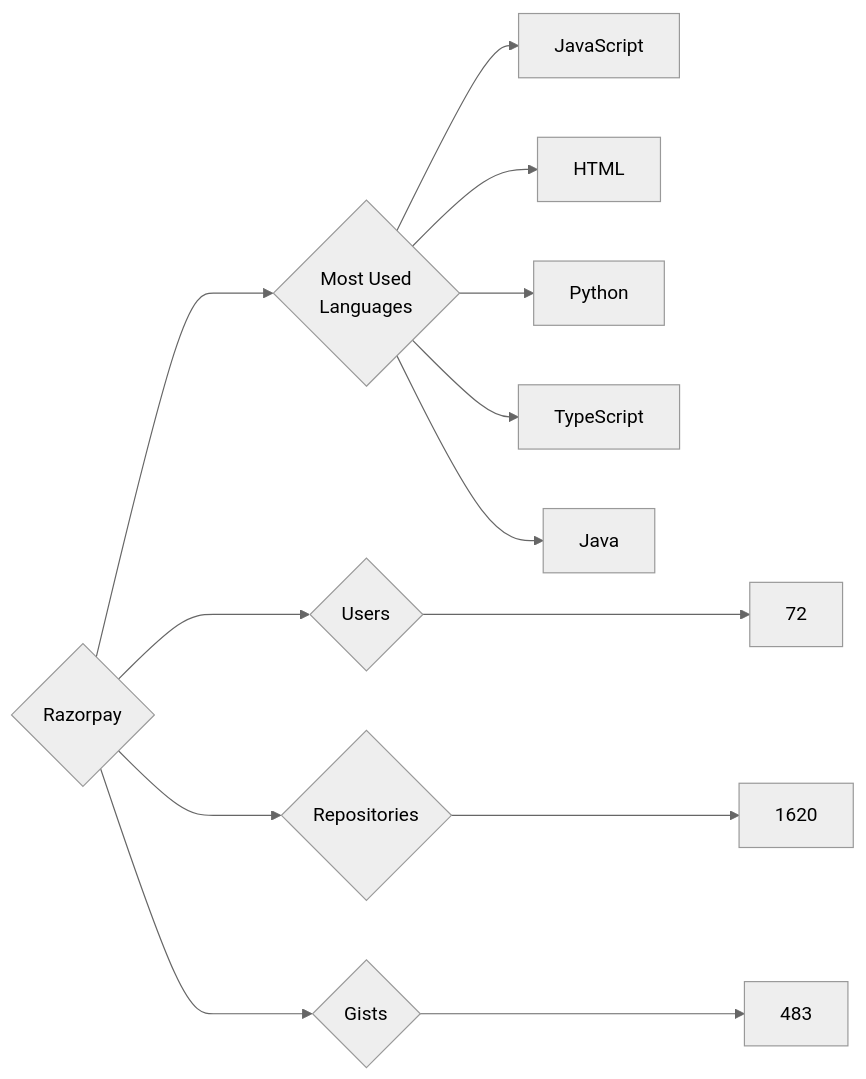
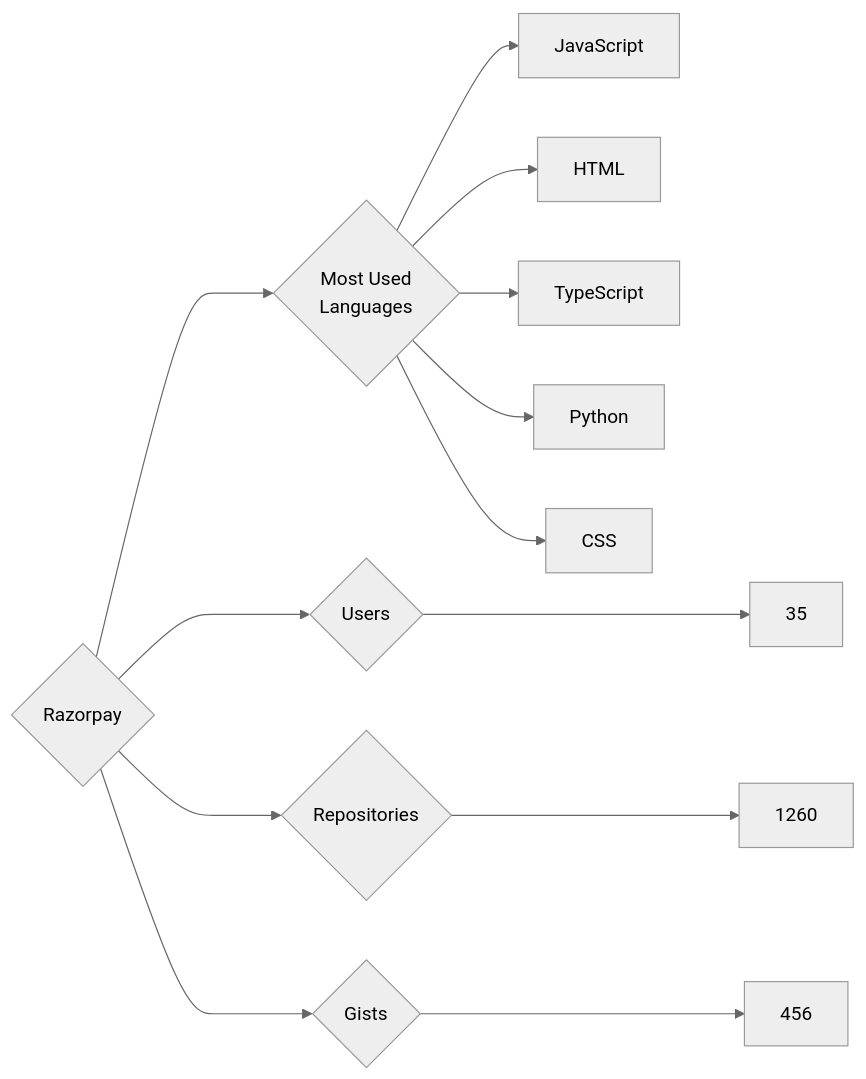
Before and after one commit to trickest/insiders: the diagram in targets/Razorpay/README.md, drawn with Mermaid (neutral theme). The commit also changed 953 other files, not shown here.

````diff
--- a/targets/Razorpay/README.md
+++ b/targets/Razorpay/README.md
@@ -3,13 +3,13 @@
 ```mermaid
 graph LR
 COMPANY_NAME{Razorpay}
-COMPANY_NAME ---> U{Users} ---> UN[72]
-COMPANY_NAME ---> R{Repositories} ---> RN[1620]
-COMPANY_NAME ---> G{Gists} ---> GN[483]
+COMPANY_NAME ---> U{Users} ---> UN[35]
+COMPANY_NAME ---> R{Repositories} ---> RN[1260]
+COMPANY_NAME ---> G{Gists} ---> GN[456]
 COMPANY_NAME ---> ML{Most Used<br>Languages}
 ML --> JavaScript[JavaScript]
 ML --> HTML[HTML]
+ML --> TypeScript[TypeScript]
 ML --> Python[Python]
-ML --> TypeScript[TypeScript]
-ML --> Java[Java]
+ML --> CSS[CSS]
 ```
````
